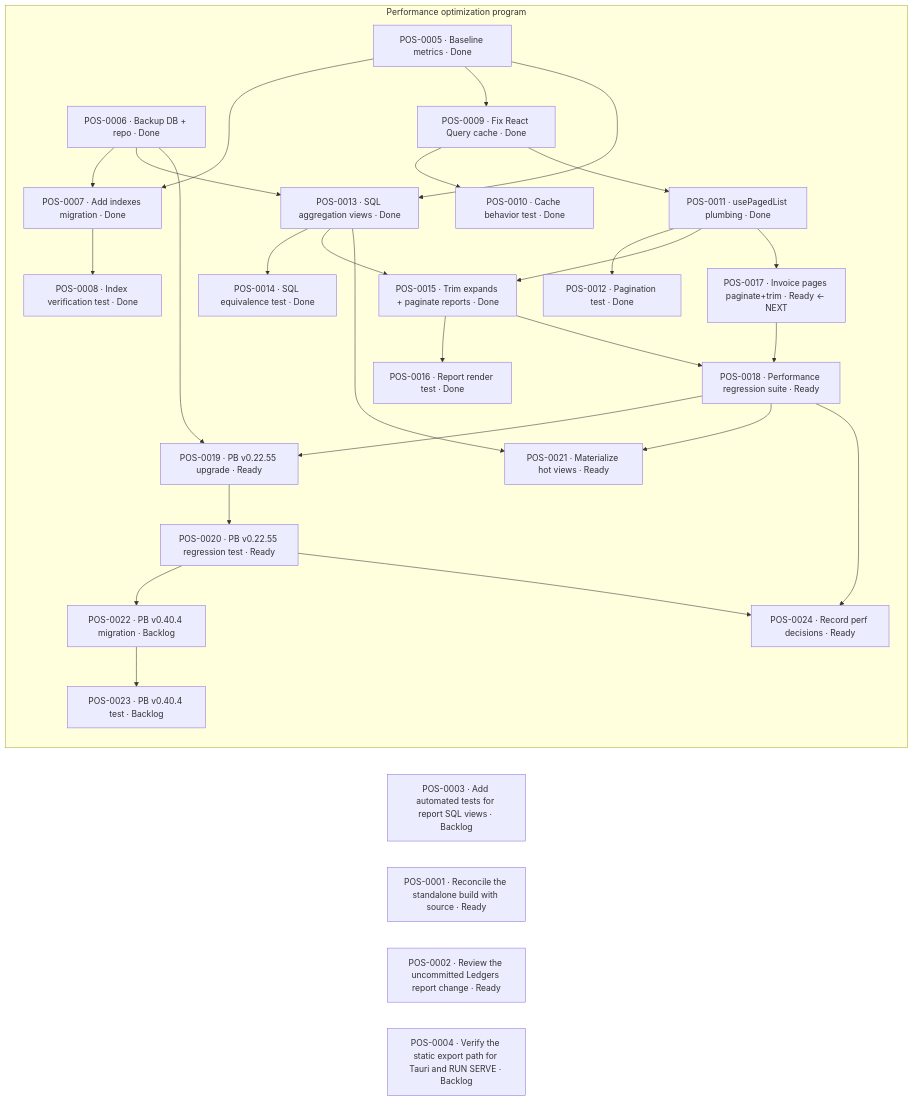
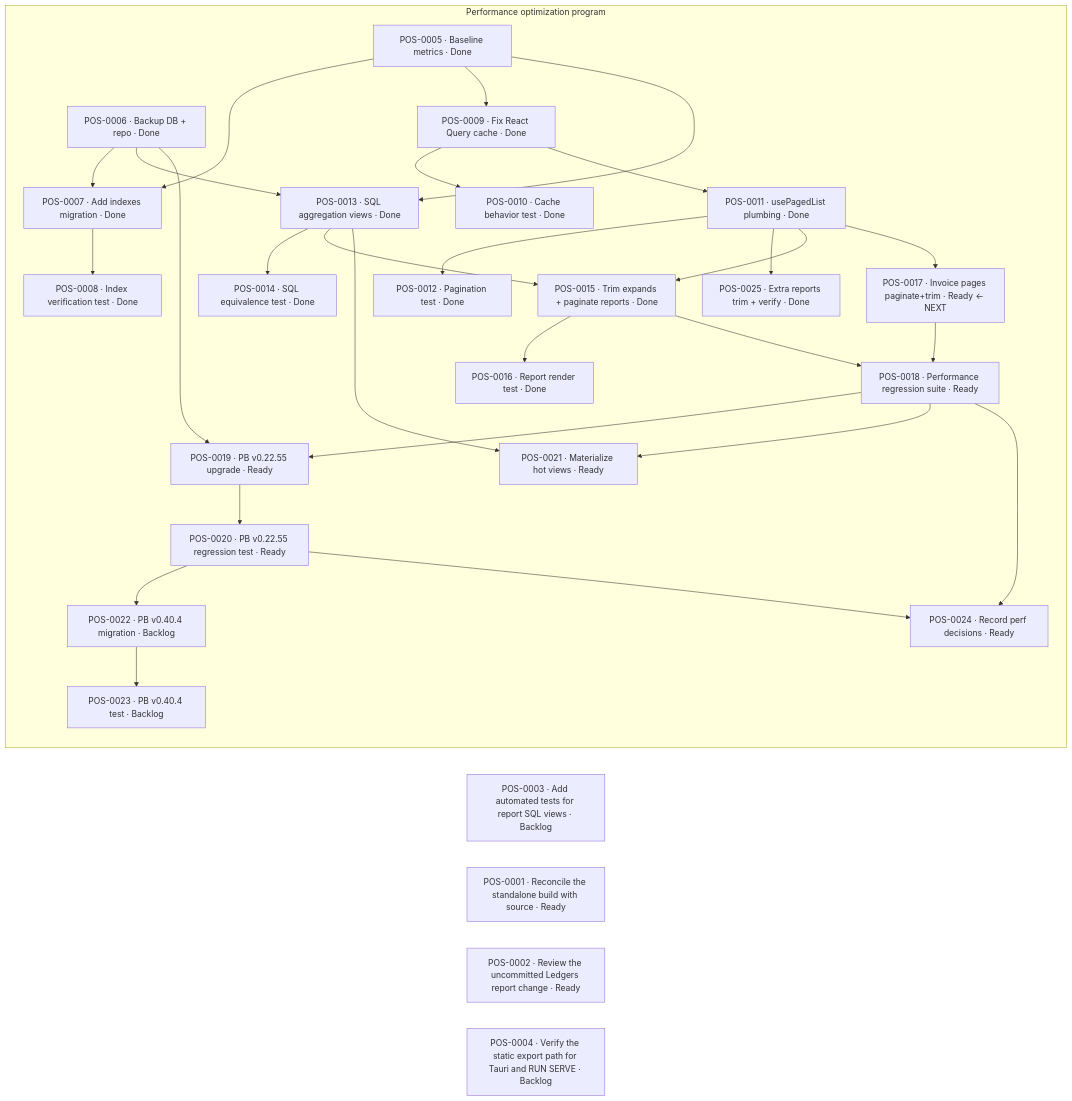
Before and after one commit to abdulhakam/aa_point_of_sale: the second of 2 diagrams in vault/projects/aa-point-of-sale.md, drawn with Mermaid. The commit also changed other lines of this file and 8 other files, not shown here.

First line of the commit message:
POS-0025: trim + verify the Daily Sale, Outstanding, Product Sale reports

````diff
--- a/vault/projects/aa-point-of-sale.md
+++ b/vault/projects/aa-point-of-sale.md
@@ -122,56 +123,58 @@
 ```mermaid
 flowchart LR
   T1["POS-0003 · Add automated tests for report SQL views · Backlog"]
   T2["POS-0001 · Reconcile the standalone build with source · Ready"]
   T3["POS-0002 · Review the uncommitted Ledgers report change · Ready"]
   T4["POS-0004 · Verify the static export path for Tauri and RUN SERVE · Backlog"]
 
   subgraph PERF["Performance optimization program"]
     P5["POS-0005 · Baseline metrics · Done"]
     P6["POS-0006 · Backup DB + repo · Done"]
     P7["POS-0007 · Add indexes migration · Done"]
     P8["POS-0008 · Index verification test · Done"]
     P9["POS-0009 · Fix React Query cache · Done"]
     P10["POS-0010 · Cache behavior test · Done"]
     P11["POS-0011 · usePagedList plumbing · Done"]
     P12["POS-0012 · Pagination test · Done"]
     P13["POS-0013 · SQL aggregation views · Done"]
     P14["POS-0014 · SQL equivalence test · Done"]
     P15["POS-0015 · Trim expands + paginate reports · Done"]
     P16["POS-0016 · Report render test · Done"]
     P17["POS-0017 · Invoice pages paginate+trim · Ready ← NEXT"]
     P18["POS-0018 · Performance regression suite · Ready"]
     P19["POS-0019 · PB v0.22.55 upgrade · Ready"]
     P20["POS-0020 · PB v0.22.55 regression test · Ready"]
     P21["POS-0021 · Materialize hot views · Ready"]
     P22["POS-0022 · PB v0.40.4 migration · Backlog"]
     P23["POS-0023 · PB v0.40.4 test · Backlog"]
     P24["POS-0024 · Record perf decisions · Ready"]
+    P25["POS-0025 · Extra reports trim + verify · Done"]
   end
 
   P5 --> P7
   P6 --> P7
   P7 --> P8
   P5 --> P9
   P9 --> P10
   P9 --> P11
   P11 --> P12
+  P11 --> P25
   P5 --> P13
   P6 --> P13
   P13 --> P14
   P11 --> P15
   P13 --> P15
   P15 --> P16
   P11 --> P17
   P15 --> P18
   P17 --> P18
   P6 --> P19
   P18 --> P19
   P19 --> P20
   P13 --> P21
   P18 --> P21
   P20 --> P22
   P22 --> P23
   P18 --> P24
   P20 --> P24
 ```
````
